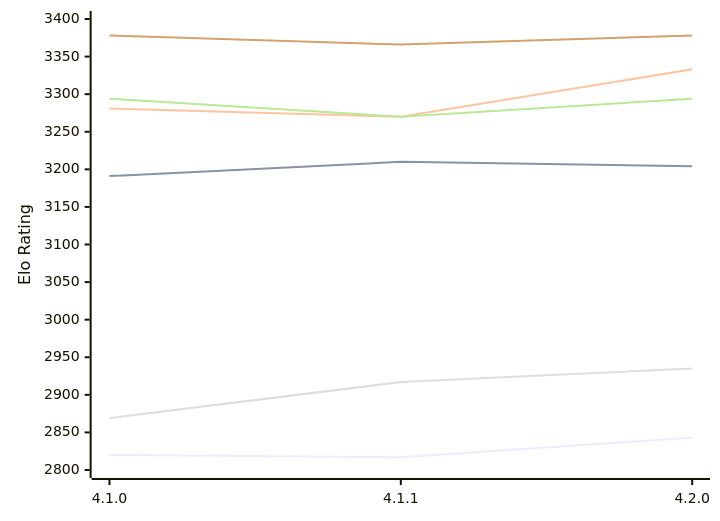
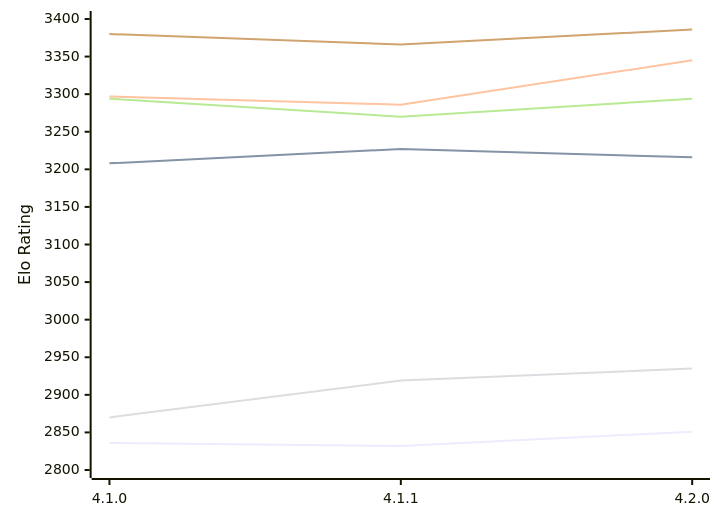
Before and after one commit to computer-chess-index/cci: the diagram in engines/LunaChessEngine.md, drawn with Mermaid. The commit also changed other lines of this file, not shown here.

Commit message:
Update CCI Ratings (ELO VLTC) - 2026-11-11

````diff
--- a/engines/LunaChessEngine.md
+++ b/engines/LunaChessEngine.md
@@ -51,12 +51,12 @@
 ```mermaid
 %%{init: {"theme":"base","themeVariables":{"seriesColors:['#a3a3a3','#222221','#faa371']}}}%%
 xychart-beta
   x-axis ["4.1.0", "4.1.1", "4.2.0"]
   y-axis "Elo Rating" 2800 --> 3400
-  line "E1: STC (8.0+0.08s)" [2820, 2817, 2843]
-  line "E1: LTC (60.0+0.60s)" [3191, 3210, 3204]
-  line "E1: VLTC (2m24s+1.12s)" [3281, 3270, 3333]
-  line "P1: STC (8.0+0.08s)" [2869, 2917, 2935]
+  line "E1: STC (8.0+0.08s)" [2836, 2832, 2851]
+  line "E1: LTC (60.0+0.60s)" [3208, 3227, 3216]
+  line "E1: VLTC (2m24s+1.12s)" [3297, 3286, 3345]
+  line "P1: STC (8.0+0.08s)" [2870, 2919, 2935]
   line "P1: LTC (60.0+0.60s)" [3294, 3270, 3294]
-  line "P1: VLTC (2m24s+1.12s)" [3378, 3366, 3378]
+  line "P1: VLTC (2m24s+1.12s)" [3380, 3366, 3386]
 ```
````
